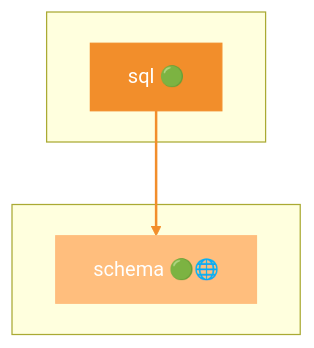
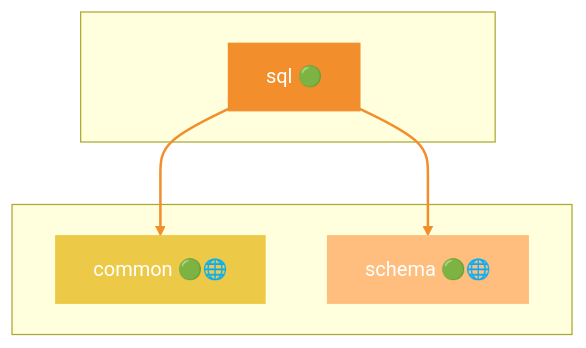
One commit to grest-ts/grest-ts changed diagram 39 of 46 in docs/DEPENDENCIES.md. Above: the diagram before and after it, drawn with Mermaid. The commit also changed other lines of this file and 11 other files, not shown here.

````diff
--- a/docs/DEPENDENCIES.md
+++ b/docs/DEPENDENCIES.md
@@ -1933,13 +1969,17 @@
 ```mermaid
 flowchart TB
     subgraph Package[" "]
         sql["sql 🟢"]
     end
     subgraph Dependencies[" "]
+        common["common 🟢🌐"]
         schema["schema 🟢🌐"]
     end
+    sql --> common
     sql --> schema
     style sql fill:#F28E2B,stroke:#F28E2B,color:#fff
+    style common fill:#EDC948,stroke:#EDC948,color:#fff
     style schema fill:#FFBE7D,stroke:#FFBE7D,color:#fff
     linkStyle 0 stroke:#F28E2B,stroke-width:2px
+    linkStyle 1 stroke:#F28E2B,stroke-width:2px
 ```
````
